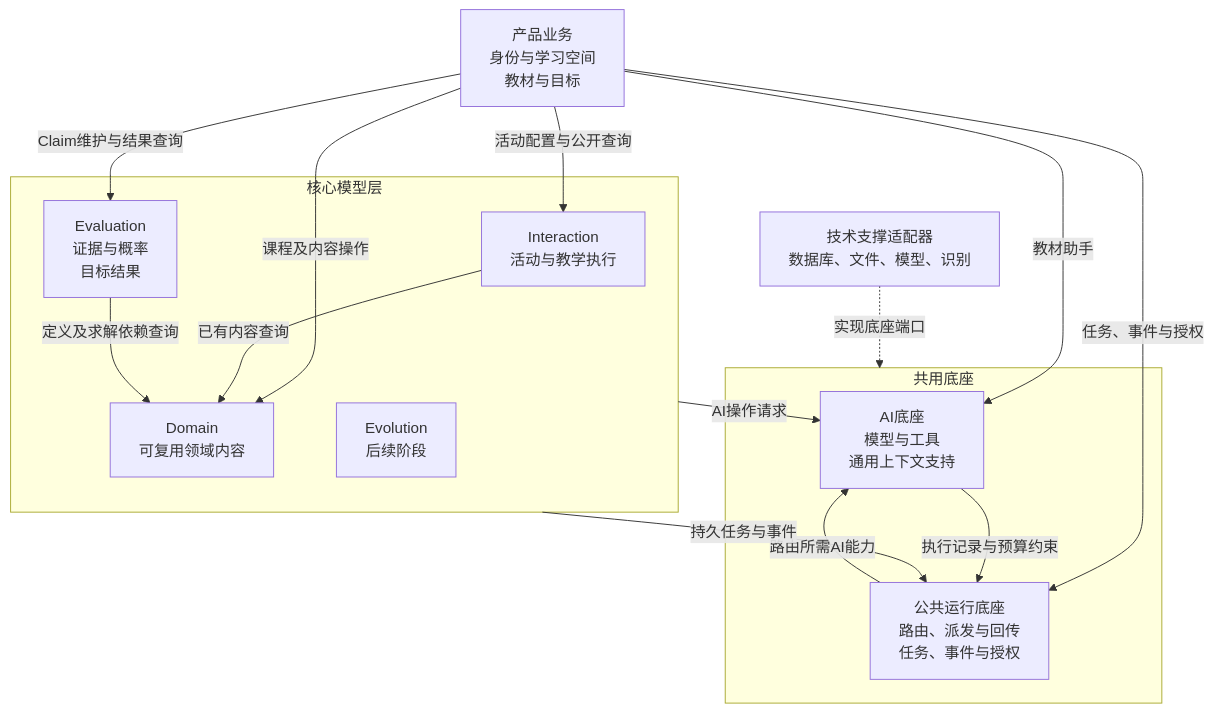
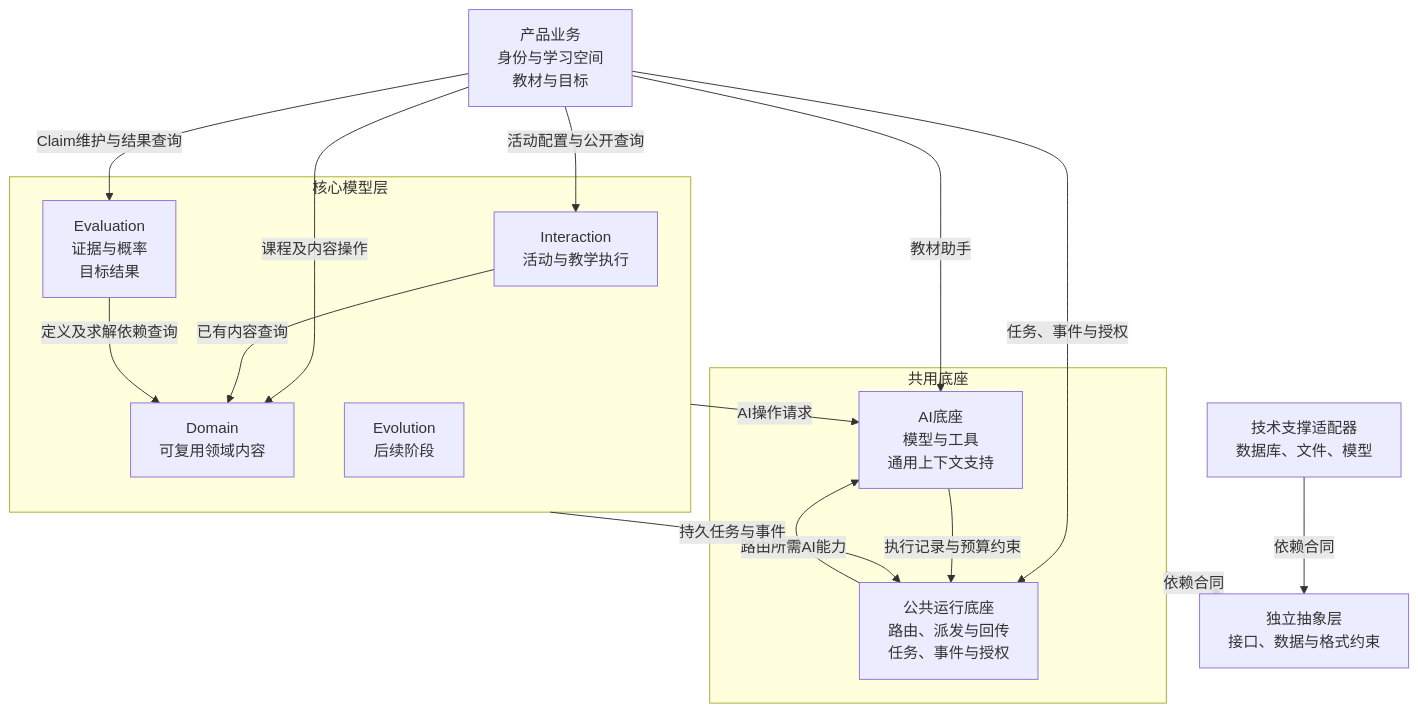
Before and after one commit to ivgotcrazy/deermind: the second of 11 diagrams in doc/mvp/m1/engineering/System_Design.md, drawn with Mermaid. The commit also changed other lines of this file and 123 other files, not shown here.

````diff
--- a/doc/mvp/m1/engineering/System_Design.md
+++ b/doc/mvp/m1/engineering/System_Design.md
@@ -92,26 +92,28 @@
 ```mermaid
 flowchart TB
   P["产品业务<br/>身份与学习空间<br/>教材与目标"]
   subgraph CORE["核心模型层"]
     I["Interaction<br/>活动与教学执行"]
     E["Evaluation<br/>证据与概率<br/>目标结果"]
     D["Domain<br/>可复用领域内容"]
     V["Evolution<br/>后续阶段"]
   end
   subgraph BASE["共用底座"]
     AI["AI底座<br/>模型与工具<br/>通用上下文支持"]
     SYS["公共运行底座<br/>路由、派发与回传<br/>任务、事件与授权"]
   end
   P -->|"课程及内容操作"| D
   P -->|"活动配置与公开查询"| I
   P -->|"Claim维护与结果查询"| E
   I -->|"已有内容查询"| D
   E -->|"定义及求解依赖查询"| D
   CORE -->|"AI操作请求"| AI
   CORE -->|"持久任务与事件"| SYS
   P -->|"教材助手"| AI
   P -->|"任务、事件与授权"| SYS
   AI -->|"执行记录与预算约束"| SYS
   SYS -->|"路由所需AI能力"| AI
-  T["技术支撑适配器<br/>数据库、文件、模型、识别"] -.->|"实现底座端口"| BASE
+  C["独立抽象层<br/>接口、数据与格式约束"]
+  BASE -->|"依赖合同"| C
+  T["技术支撑适配器<br/>数据库、文件、模型"] -->|"依赖合同"| C
 ```
````
